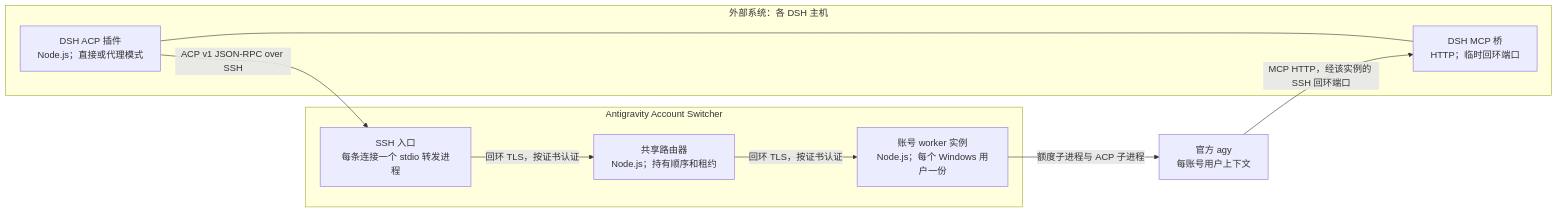
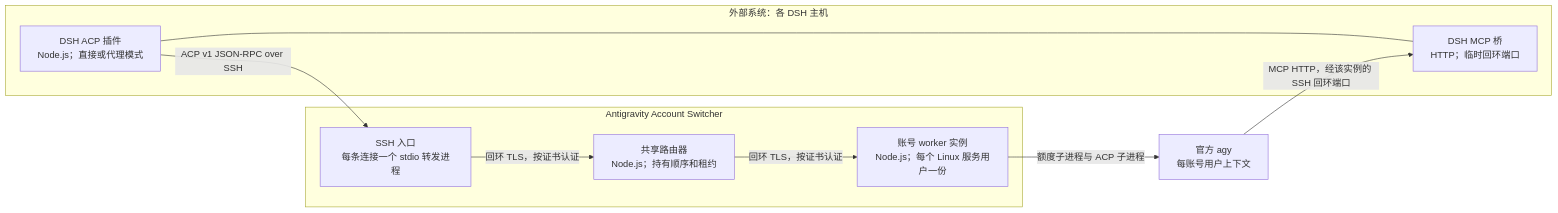
Before and after one commit to shirolabs67/AntigravityAccountSwitcher: the second of 6 diagrams in docs/ARCHITECTURE.md, drawn with Mermaid. The commit also changed other lines of this file and 46 other files, not shown here.

````diff
--- a/docs/ARCHITECTURE.md
+++ b/docs/ARCHITECTURE.md
@@ -20,19 +20,19 @@
 ```mermaid
 flowchart LR
   subgraph D["外部系统：各 DSH 主机"]
     A["DSH ACP 插件<br/>Node.js；直接或代理模式"]
     B["DSH MCP 桥<br/>HTTP；临时回环端口"]
     A --- B
   end
   subgraph S["Antigravity Account Switcher"]
     E["SSH 入口<br/>每条连接一个 stdio 转发进程"]
     R["共享路由器<br/>Node.js；持有顺序和租约"]
-    W["账号 worker 实例<br/>Node.js；每个 Windows 用户一份"]
+    W["账号 worker 实例<br/>Node.js；每个 Linux 服务用户一份"]
     E -->|"回环 TLS，按证书认证"| R
     R -->|"回环 TLS，按证书认证"| W
   end
   C["官方 agy<br/>每账号用户上下文"]
   A -->|"ACP v1 JSON-RPC over SSH"| E
   W -->|"额度子进程与 ACP 子进程"| C
   C -->|"MCP HTTP，经该实例的 SSH 回环端口"| B
 ```
````
